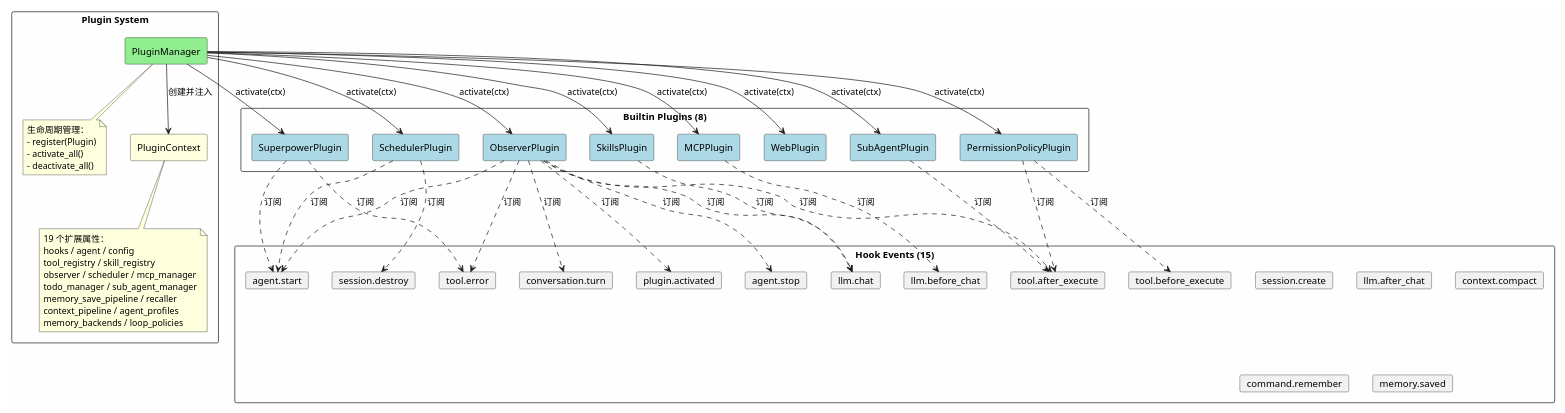
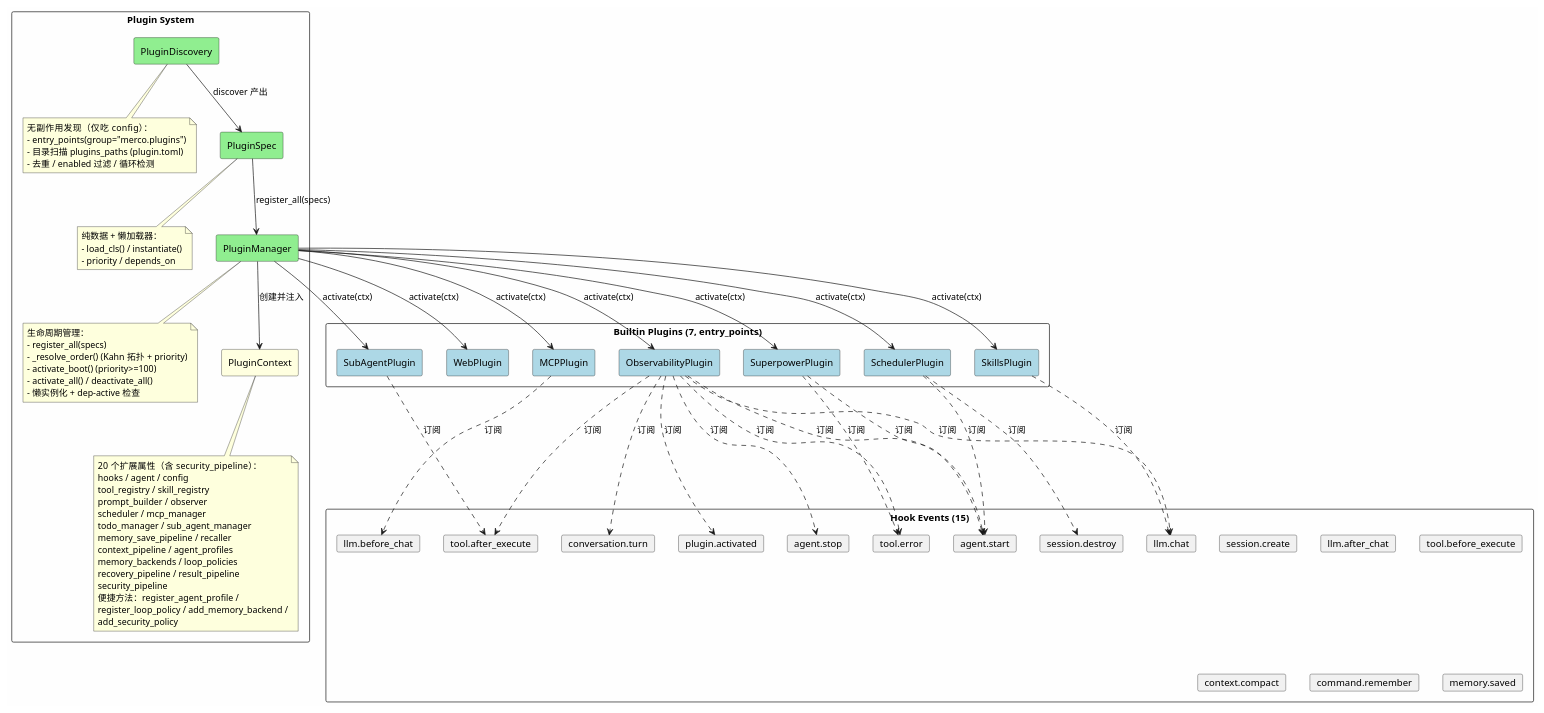
One commit to XiongDaowen/merco changed the second of 12 diagrams in docs/project-vision/references/architecture.md. Above: the diagram before and after it, drawn with PlantUML. The commit also changed other lines of this file and 1 other file, not shown here.

Commit message:
docs(vision): 波1 插件动态化完成--更新 progress/architecture

````diff
--- a/docs/project-vision/references/architecture.md
+++ b/docs/project-vision/references/architecture.md
@@ -209,36 +210,58 @@
 skinparam packageStyle rectangle
 
 package "Plugin System" {
+  rectangle "PluginDiscovery" as Discovery #LightGreen
+  note bottom of Discovery
+    无副作用发现（仅吃 config）：
+    - entry_points(group="merco.plugins")
+    - 目录扫描 plugins_paths (plugin.toml)
+    - 去重 / enabled 过滤 / 循环检测
+  end note
+
+  rectangle "PluginSpec" as Spec #LightGreen
+  note bottom of Spec
+    纯数据 + 懒加载器：
+    - load_cls() / instantiate()
+    - priority / depends_on
+  end note
+
   rectangle "PluginManager" as Manager #LightGreen
   note bottom of Manager
     生命周期管理：
-    - register(Plugin)
-    - activate_all()
-    - deactivate_all()
+    - register_all(specs)
+    - _resolve_order() (Kahn 拓扑 + priority)
+    - activate_boot() (priority>=100)
+    - activate_all() / deactivate_all()
+    - 懒实例化 + dep-active 检查
   end note
 
   rectangle "PluginContext" as Context #LightYellow
   note bottom of Context
-    19 个扩展属性：
+    20 个扩展属性（含 security_pipeline）：
     hooks / agent / config
     tool_registry / skill_registry
-    observer / scheduler / mcp_manager
+    prompt_builder / observer
+    scheduler / mcp_manager
     todo_manager / sub_agent_manager
     memory_save_pipeline / recaller
     context_pipeline / agent_profiles
     memory_backends / loop_policies
+    recovery_pipeline / result_pipeline
+    security_pipeline
+    便捷方法：register_agent_profile /
+    register_loop_policy / add_memory_backend /
+    add_security_policy
   end note
 }
 
-package "Builtin Plugins (8)" {
+package "Builtin Plugins (7, entry_points)" {
   rectangle "MCPPlugin" as MCP #LightBlue
-  rectangle "ObserverPlugin" as Obs #LightBlue
+  rectangle "ObservabilityPlugin" as Obs #LightBlue
   rectangle "SchedulerPlugin" as Sched #LightBlue
   rectangle "SkillsPlugin" as Skills #LightBlue
   rectangle "SubAgentPlugin" as SubAgent #LightBlue
   rectangle "WebPlugin" as Web #LightBlue
   rectangle "SuperpowerPlugin" as Super #LightBlue
-  rectangle "PermissionPolicyPlugin" as Policy #LightBlue
 }
 
 package "Hook Events (15)" {
@@ -259,6 +282,8 @@
   card "memory.saved" as E15
 }
 
+Discovery --> Spec : discover 产出
+Spec --> Manager : register_all(specs)
 Manager --> Context : 创建并注入
 Manager --> MCP : activate(ctx)
 Manager --> Obs : activate(ctx)
@@ -267,7 +292,6 @@
 Manager --> SubAgent : activate(ctx)
 Manager --> Web : activate(ctx)
 Manager --> Super : activate(ctx)
-Manager --> Policy : activate(ctx)
 
 MCP ..> E5 : 订阅
 Obs ..> E1 : 订阅
@@ -283,8 +307,6 @@
 SubAgent ..> E9 : 订阅
 Super ..> E1 : 订阅
 Super ..> E10 : 订阅
-Policy ..> E8 : 订阅
-Policy ..> E9 : 订阅
 
 @enduml
 ```
````
